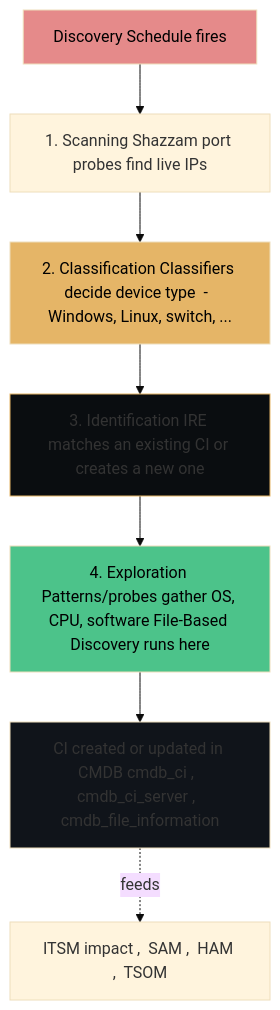
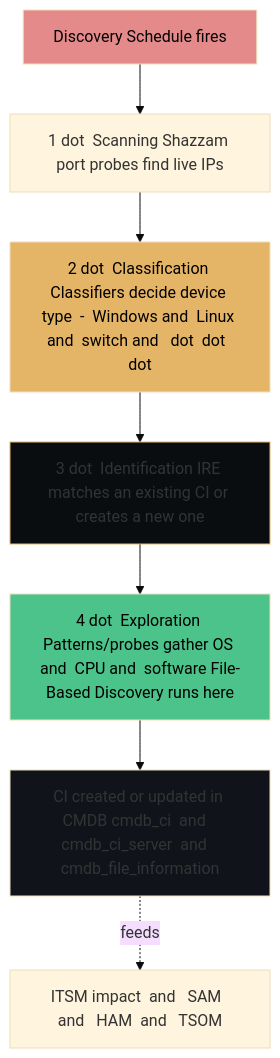
The second of 5 diagrams in docs/modules/discovery/discovery-guide.backup-2026-11-24.md (eltonaguiar/ServiceNow_Learning_TSOM-_CSM_FSM_SalesCRM_HAM_ITSM), drawn with Mermaid (base theme) before and after one commit. The commit also changed other lines of this file and 19 other files, not shown here.

Commit message:
Fix all Mermaid diagram special characters - replace dollar, parens, slashes, quotes, pipes, nested brackets and other unsafe chars inside brackets with safe alternatives across 19 files

````diff
--- a/docs/modules/discovery/discovery-guide.backup-2026-11-24.md
+++ b/docs/modules/discovery/discovery-guide.backup-2026-11-24.md
@@ -291,17 +291,17 @@
 ```mermaid
 flowchart TD
-    Start[Discovery Schedule fires] --> Scan[1. Scanning Shazzam port probes find live IPs]
-    Scan --> Classify[2. Classification Classifiers decide device type  -  Windows, Linux, switch, ...]
-    Classify --> Identify[3. Identification IRE matches an existing CI or creates a new one]
-    Identify --> Explore[4. Exploration Patterns/probes gather OS, CPU, software File-Based Discovery runs here]
-    Explore --> CI[CI created or updated in CMDB cmdb_ci ,  cmdb_ci_server ,  cmdb_file_information]
-    CI -.->|feeds| Downstream[ITSM impact ,  SAM ,  HAM ,  TSOM]
+    Start[Discovery Schedule fires] --> Scan[1 dot  Scanning Shazzam port probes find live IPs]
+    Scan --> Classify[2 dot  Classification Classifiers decide device type  -  Windows and  Linux and  switch and   dot  dot  dot ]
+    Classify --> Identify[3 dot  Identification IRE matches an existing CI or creates a new one]
+    Identify --> Explore[4 dot  Exploration Patterns/probes gather OS and  CPU and  software File-Based Discovery runs here]
+    Explore --> CI[CI created or updated in CMDB cmdb_ci  and   cmdb_ci_server  and   cmdb_file_information]
+    CI -.->|feeds| Downstream[ITSM impact  and   SAM  and   HAM  and   TSOM]
 
     style Start fill:#e58a8a,color:#000
     style Classify fill:#e5b567,color:#000
     style Identify fill:#0a0d10,stroke:#e5b567
     style Explore fill:#4cc38a,color:#000
     style CI fill:#10141a
 
 
 ```
````
